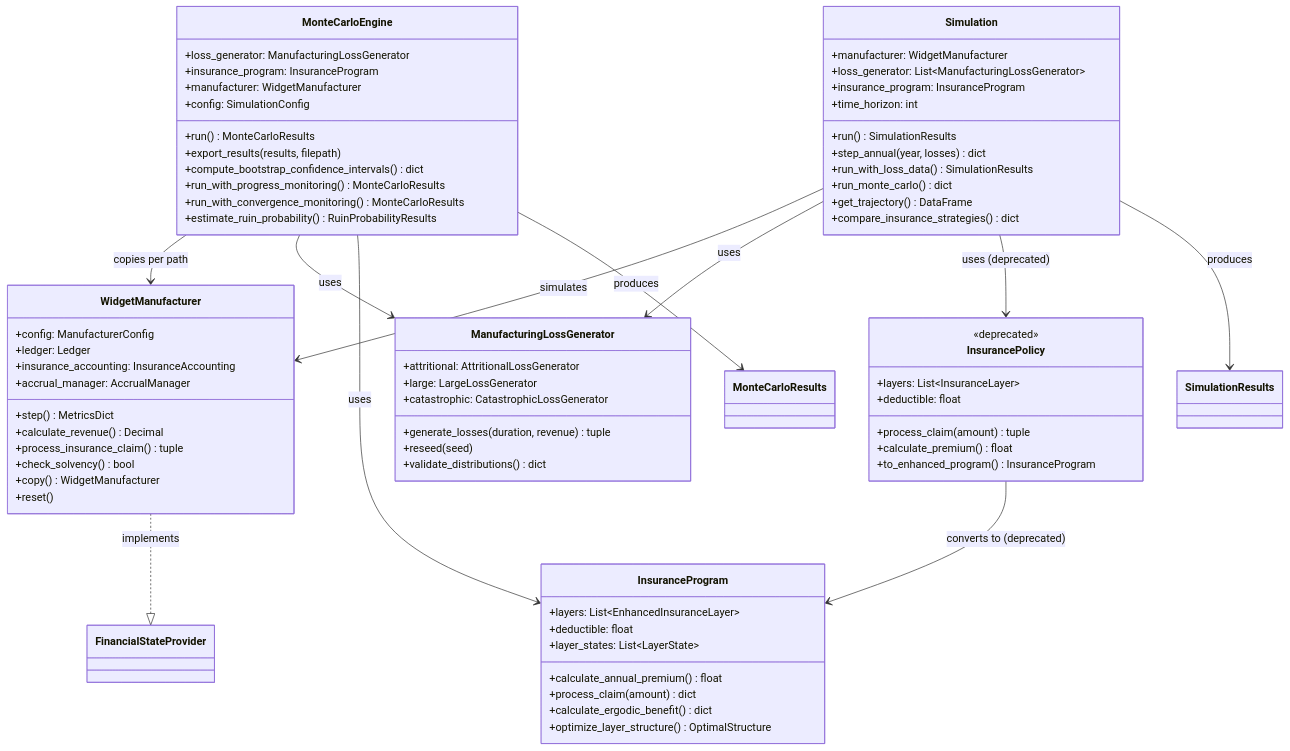
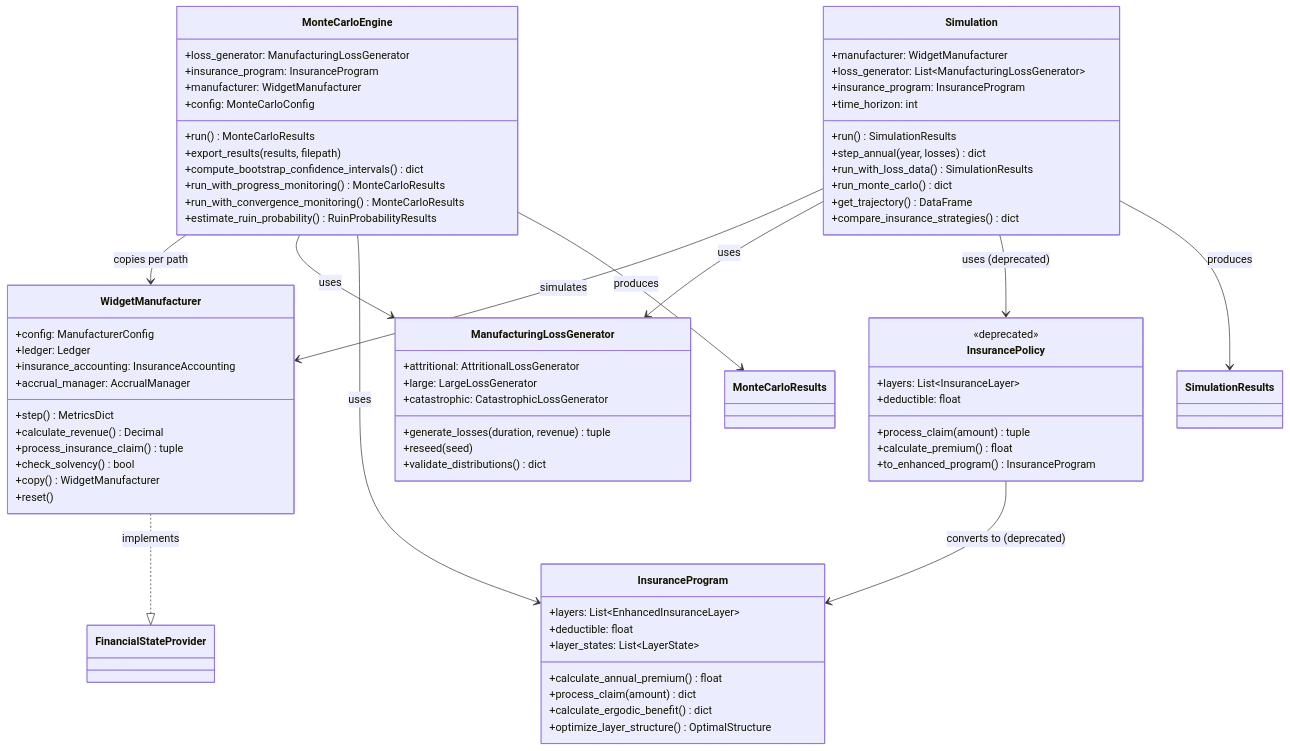
Before and after one commit to AlexFiliakov/Ergodic-Insurance-Limits: the first of 6 diagrams in ergodic_insurance/docs/architecture/class_diagrams/core_classes.md, drawn with Mermaid. The commit also changed other lines of this file and 295 other files, not shown here.

```diff
--- a/ergodic_insurance/docs/architecture/class_diagrams/core_classes.md
+++ b/ergodic_insurance/docs/architecture/class_diagrams/core_classes.md
@@ -28,7 +28,7 @@
         +loss_generator: ManufacturingLossGenerator
         +insurance_program: InsuranceProgram
         +manufacturer: WidgetManufacturer
-        +config: SimulationConfig
+        +config: MonteCarloConfig
         +run() MonteCarloResults
         +export_results(results, filepath)
         +compute_bootstrap_confidence_intervals() dict
```
